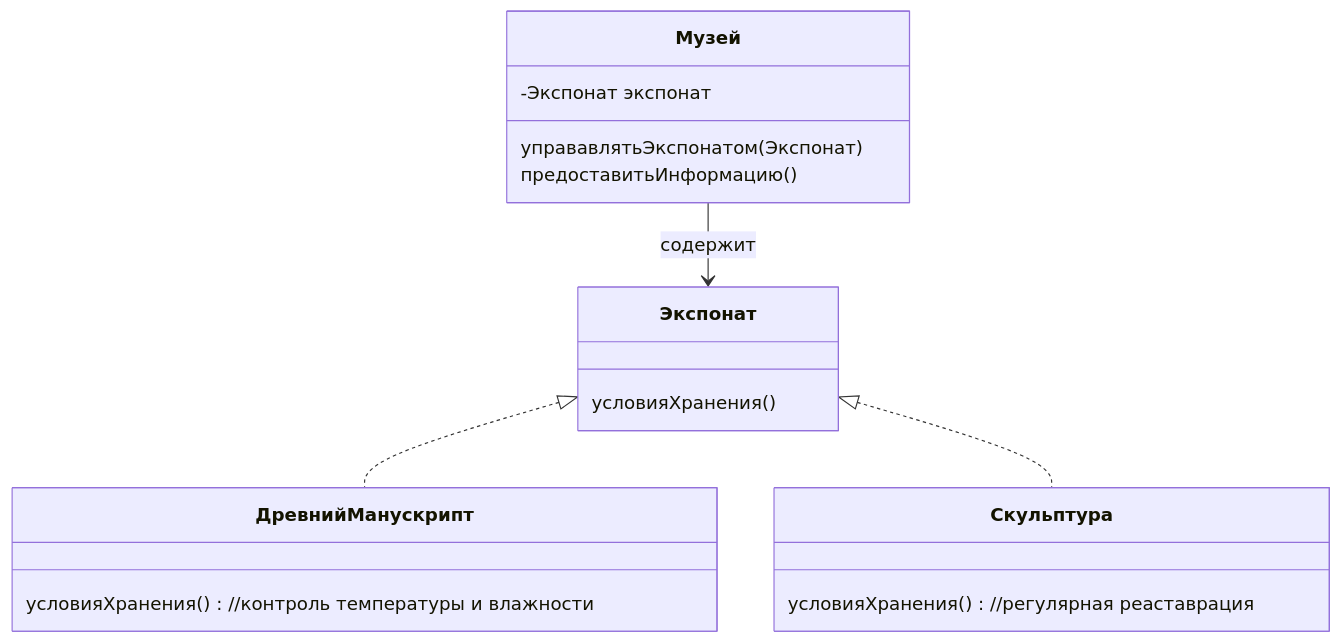
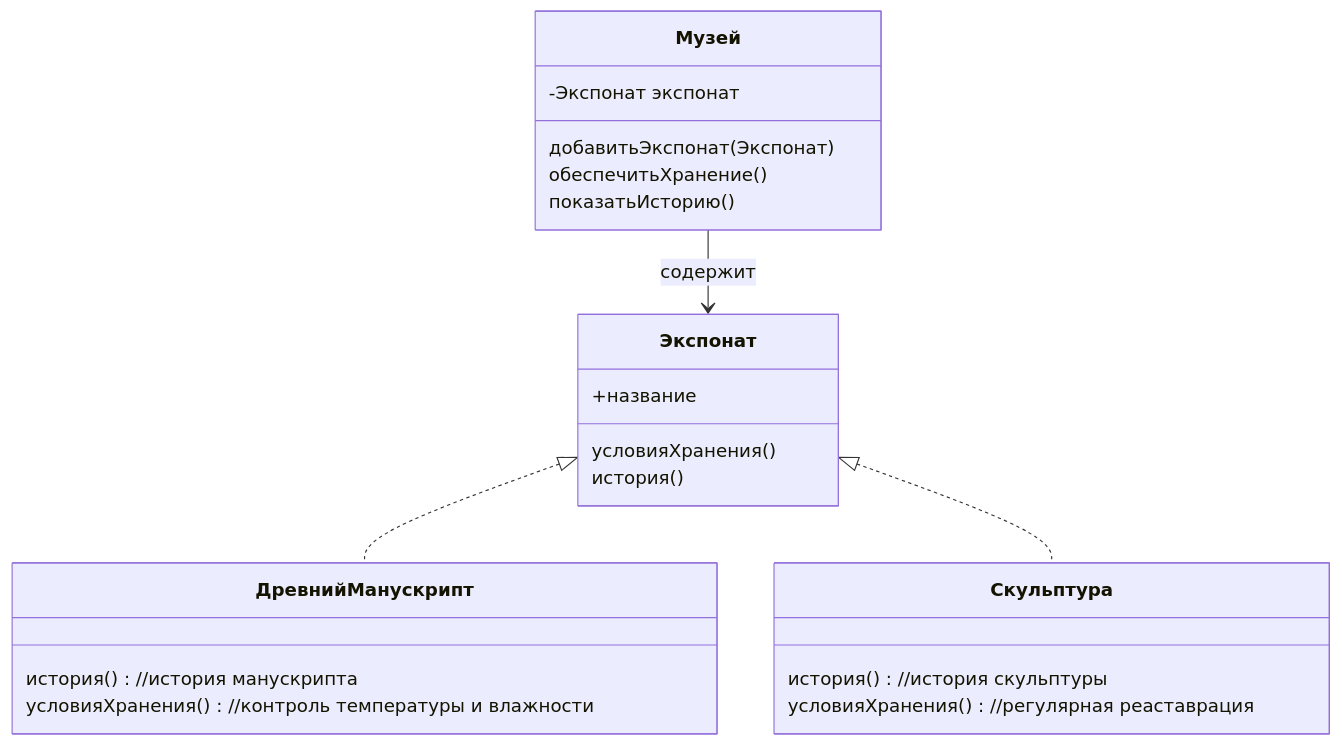
The eighth of 8 diagrams in README.md (Metaf-x/03.04-General-OOP), drawn with Mermaid before and after one commit. The commit also changed other lines of this file, not shown here.

````diff
--- a/README.md
+++ b/README.md
@@ -365,20 +351,25 @@
 ```mermaid
 classDiagram
 	Музей --> Экспонат : содержит
 	Экспонат <|.. ДревнийМанускрипт
 	Экспонат <|.. Скульптура
 	class Музей {
 		-Экспонат экспонат
-		управавлятьЭкспонатом(Экспонат)
-		предоставитьИнформацию()		
+		добавитьЭкспонат(Экспонат)
+		обеспечитьХранение()
+		показатьИсторию()		
 	}
 	class Экспонат {
+		+название
 		условияХранения() 
+		история() 
 	}
 	class ДревнийМанускрипт {
+		история() //история манускрипта
 		условияХранения() //контроль температуры и влажности
 	}
 	class Скульптура {
+		история() //история скульптуры
 		условияХранения() //регулярная реаставрация
 	}
 ```
````
